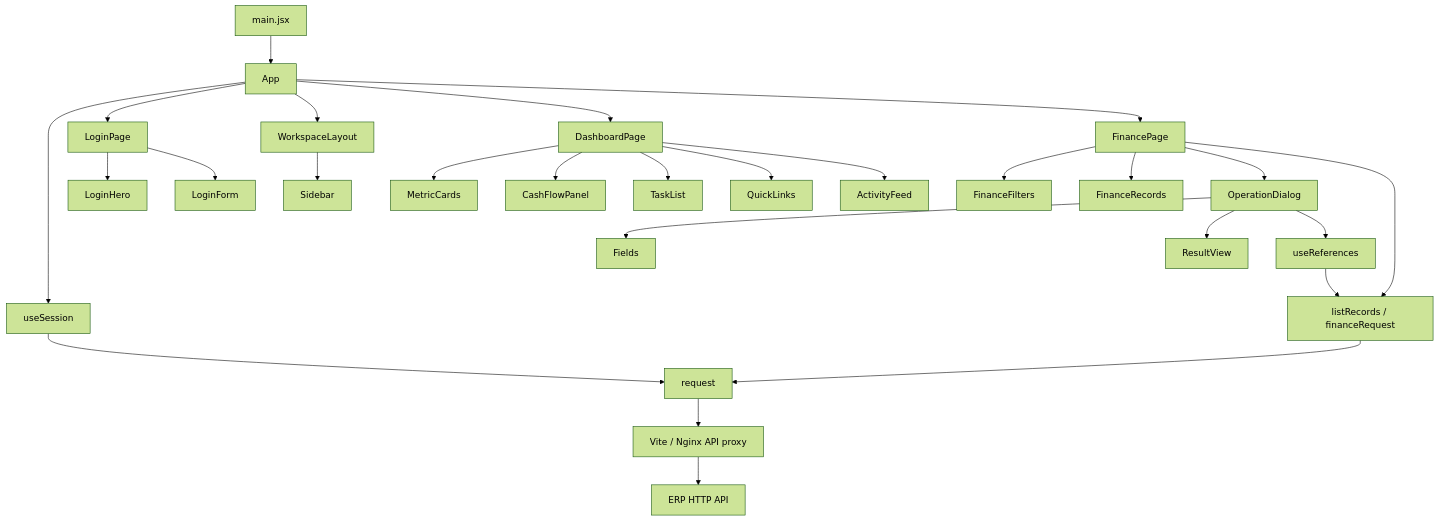
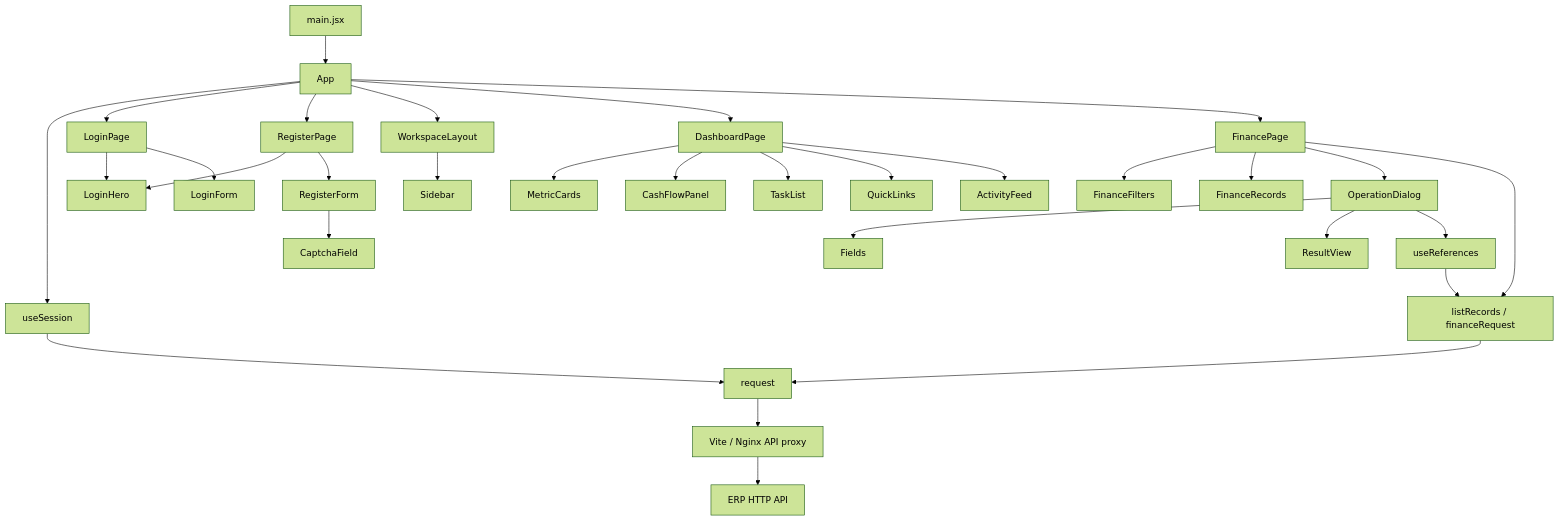
One commit to tianchuangxin1024-source/erp-react-web changed the first of 2 diagrams in ARCHITECTURE.md. Above: the diagram before and after it, drawn with Mermaid (forest theme). The commit also changed other lines of this file and 16 other files, not shown here.

````diff
--- a/ARCHITECTURE.md
+++ b/ARCHITECTURE.md
@@ -68,29 +70,33 @@
 ```mermaid
 flowchart TD
   Main[main.jsx] --> App[App]
   App --> Session[useSession]
   App --> Login[LoginPage]
   Login --> Hero[LoginHero]
   Login --> Form[LoginForm]
+  App --> Register[RegisterPage]
+  Register --> Hero
+  Register --> RegisterForm[RegisterForm]
+  RegisterForm --> CaptchaField[CaptchaField]
   App --> Layout[WorkspaceLayout]
   Layout --> Nav[Sidebar]
   App --> Dashboard[DashboardPage]
   Dashboard --> Cards[MetricCards]
   Dashboard --> Chart[CashFlowPanel]
   Dashboard --> Tasks[TaskList]
   Dashboard --> Quick[QuickLinks]
   Dashboard --> Feed[ActivityFeed]
   App --> Finance[FinancePage]
   Finance --> Filters[FinanceFilters]
   Finance --> Records[FinanceRecords]
   Finance --> Dialog[OperationDialog]
   Dialog --> Fields[Fields]
   Dialog --> Result[ResultView]
   Dialog --> References[useReferences]
   Finance --> ResourceAPI[listRecords / financeRequest]
   Session --> Client[request]
   ResourceAPI --> Client
   References --> ResourceAPI
   Client --> Proxy[Vite / Nginx API proxy]
   Proxy --> Backend[ERP HTTP API]
 ```
````
